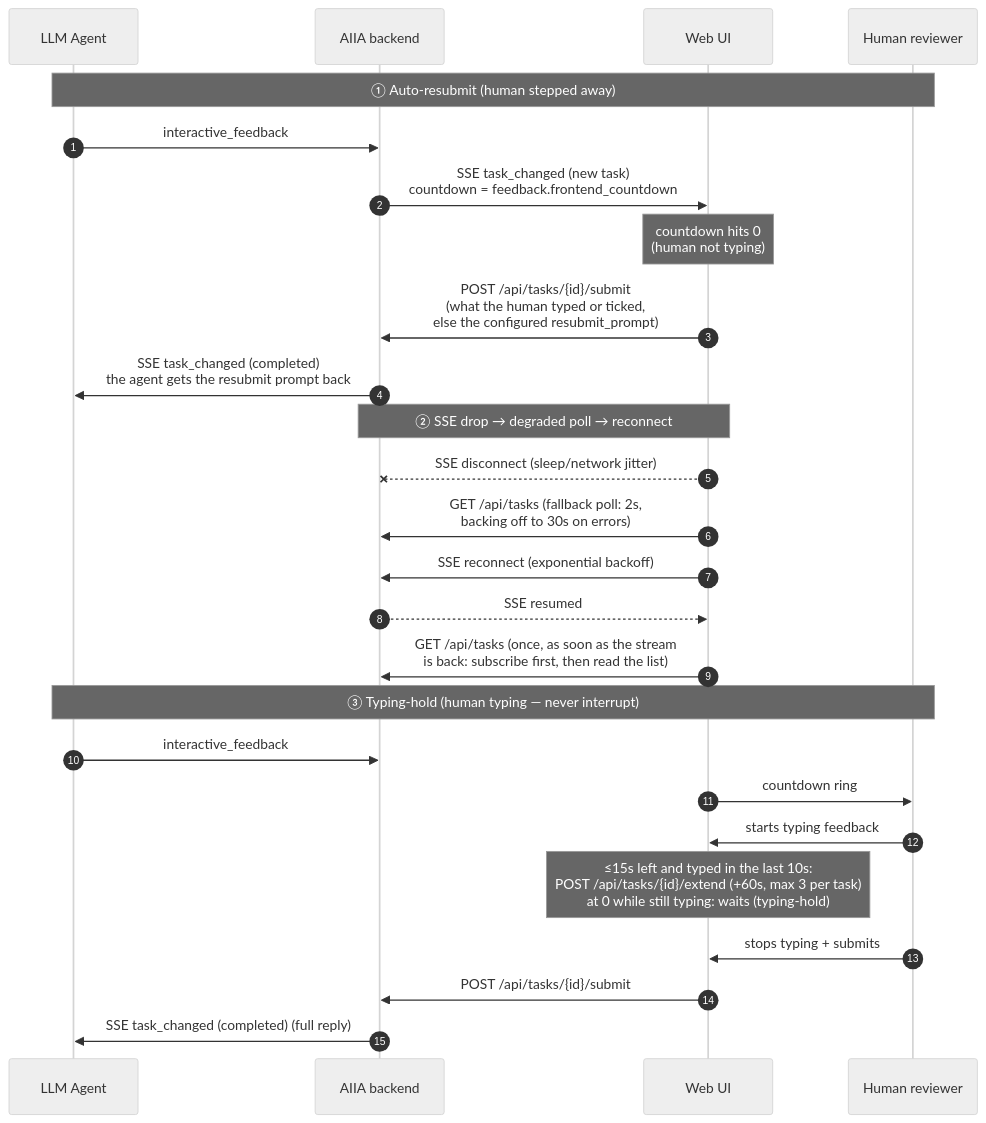
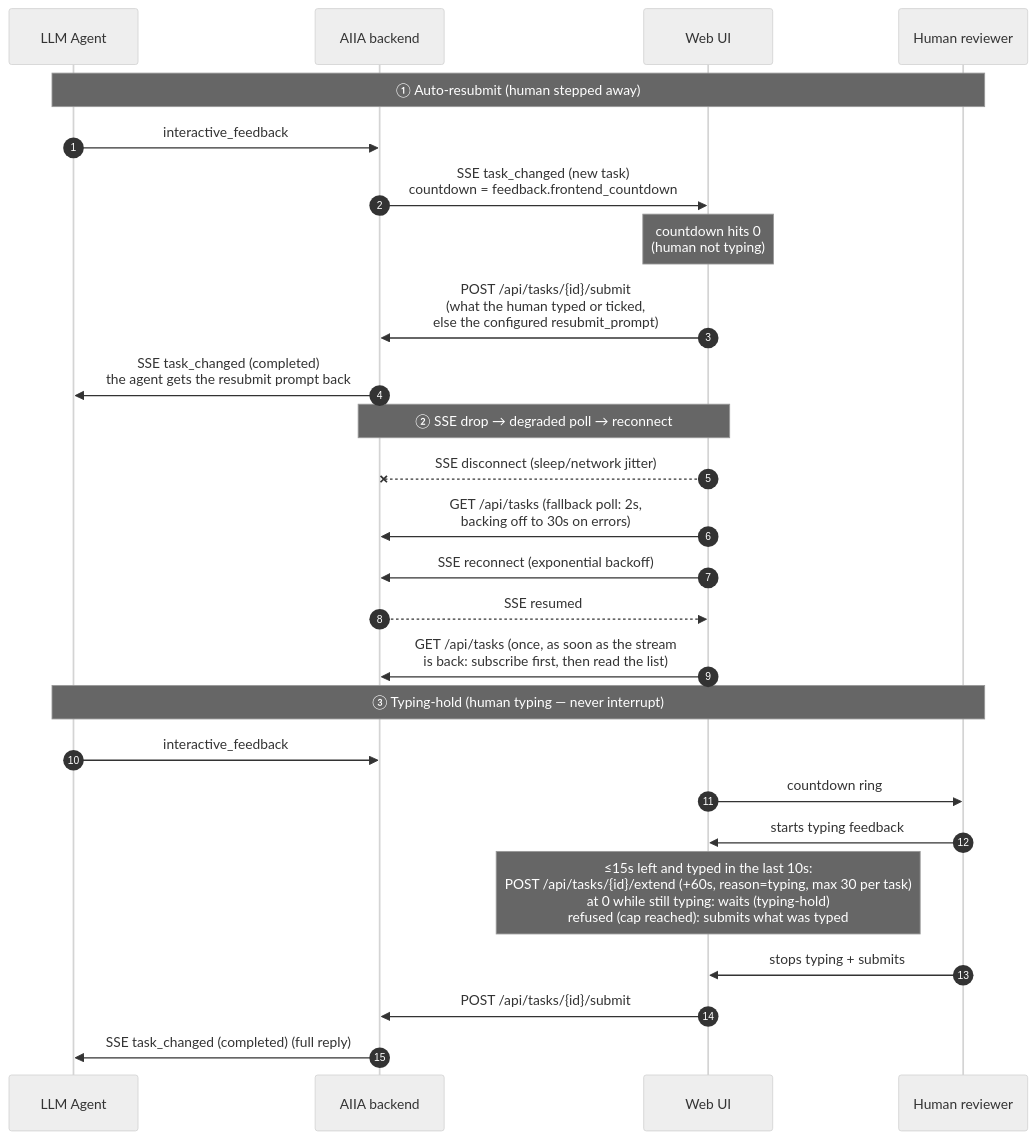
One commit to XIADENGMA/ai-intervention-agent changed the third of 3 diagrams in docs/architecture.md. Above: the diagram before and after it, drawn with Mermaid (neutral theme). The commit also changed other lines of this file and 94 other files, not shown here.

````diff
--- a/docs/architecture.md
+++ b/docs/architecture.md
@@ -115,31 +115,31 @@
 ```mermaid
 sequenceDiagram
     autonumber
     participant Agent as LLM Agent
     participant AIIA as AIIA backend
     participant UI as Web UI
     participant Human as Human reviewer
 
     Note over Agent,Human: ① Auto-resubmit (human stepped away)
     Agent->>AIIA: interactive_feedback
     AIIA->>UI: SSE task_changed (new task)<br/>countdown = feedback.frontend_countdown
     Note over UI: countdown hits 0<br/>(human not typing)
     UI->>AIIA: POST /api/tasks/{id}/submit<br/>(what the human typed or ticked,<br/>else the configured resubmit_prompt)
     AIIA->>Agent: SSE task_changed (completed)<br/>the agent gets the resubmit prompt back
 
     Note over UI,AIIA: ② SSE drop → degraded poll → reconnect
     UI--xAIIA: SSE disconnect (sleep/network jitter)
     UI->>AIIA: GET /api/tasks (fallback poll: 2s,<br/>backing off to 30s on errors)
     UI->>AIIA: SSE reconnect (exponential backoff)
     AIIA-->>UI: SSE resumed
     UI->>AIIA: GET /api/tasks (once, as soon as the stream<br/>is back: subscribe first, then read the list)
 
     Note over Agent,Human: ③ Typing-hold (human typing — never interrupt)
     Agent->>AIIA: interactive_feedback
     UI->>Human: countdown ring
     Human->>UI: starts typing feedback
-    Note over UI: ≤15s left and typed in the last 10s:<br/>POST /api/tasks/{id}/extend (+60s, max 3 per task)<br/>at 0 while still typing: waits (typing-hold)
+    Note over UI: ≤15s left and typed in the last 10s:<br/>POST /api/tasks/{id}/extend (+60s, reason=typing, max 30 per task)<br/>at 0 while still typing: waits (typing-hold)<br/>refused (cap reached): submits what was typed
     Human->>UI: stops typing + submits
     UI->>AIIA: POST /api/tasks/{id}/submit
     AIIA->>Agent: SSE task_changed (completed) (full reply)
 ```
````
